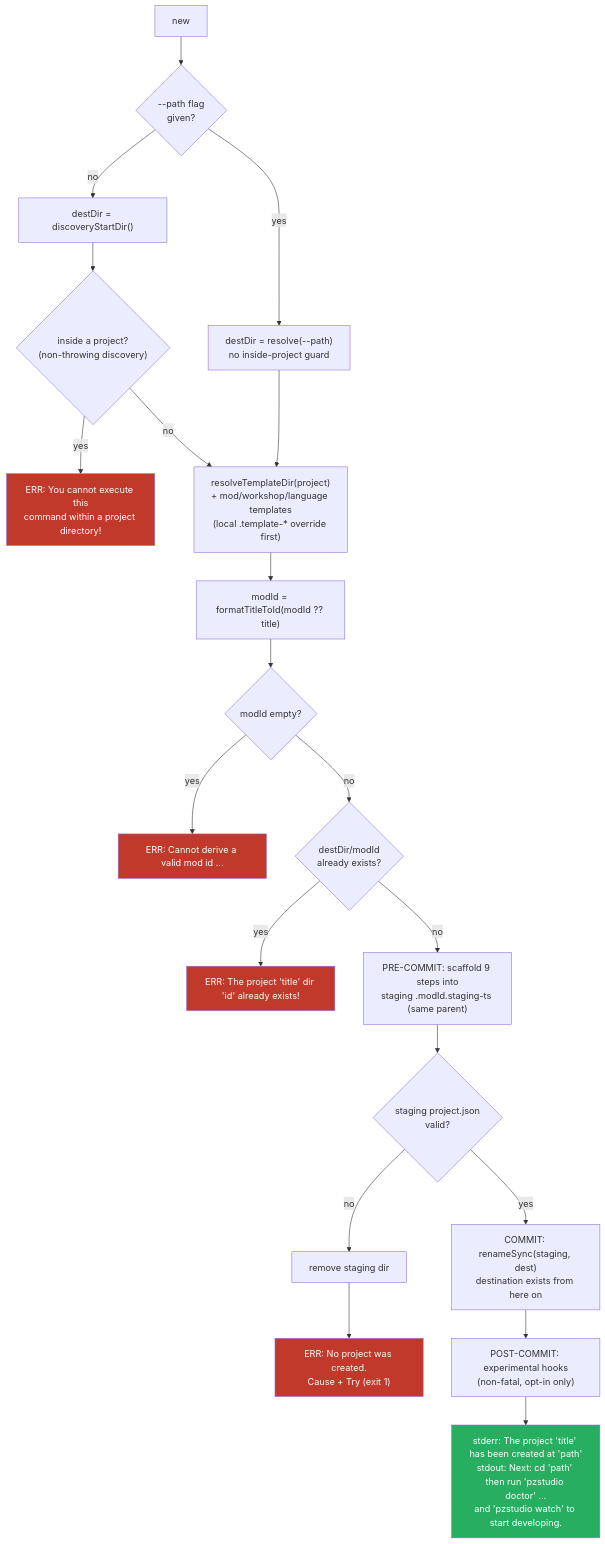
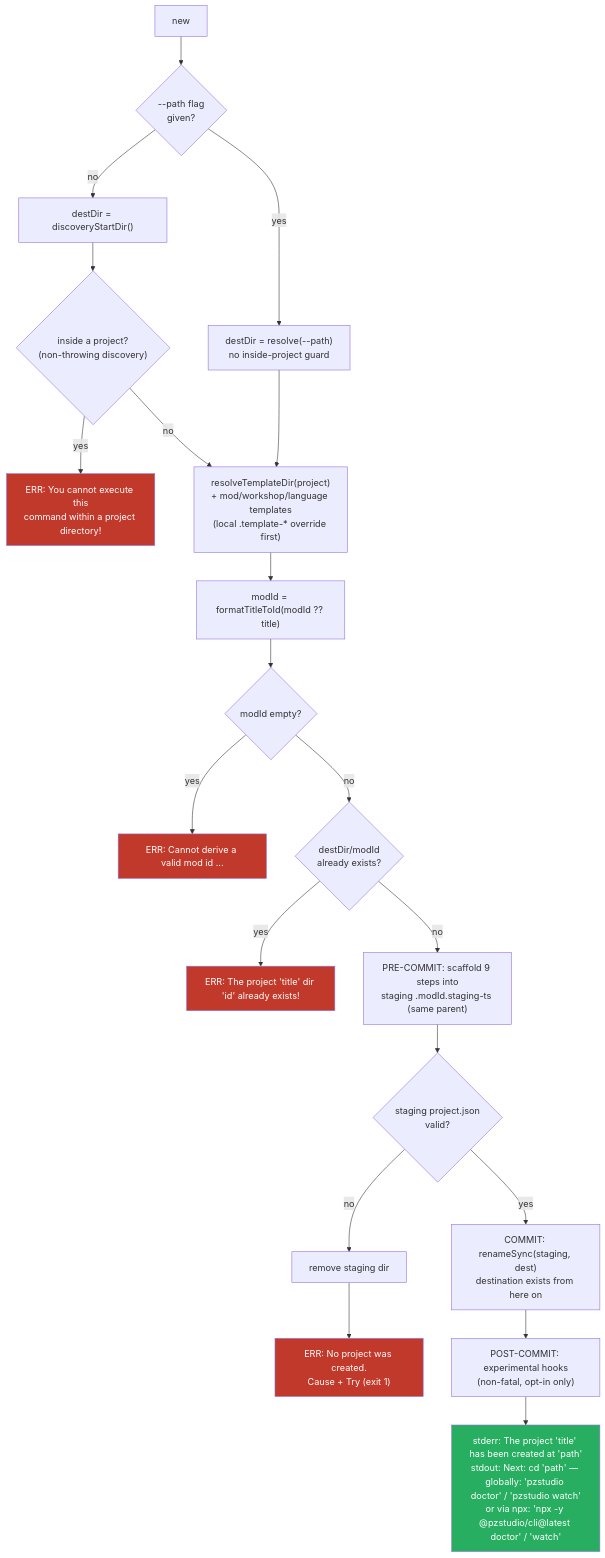
The first of 16 diagrams in docs/cli/04-commands.md (escapepz/pzstudio), drawn with Mermaid before and after one commit. The commit also changed other lines of this file and 8 other files, not shown here.

Commit message:
release(cli): pre-release doc/metadata/harness fixes for @pzstudio/cli 0.42200.0

````diff
--- a/docs/cli/04-commands.md
+++ b/docs/cli/04-commands.md
@@ -46,28 +46,28 @@
 ```mermaid
 flowchart TD
     A["new <title> [modId]"] --> B{"--path flag<br/>given?"}
     B -- yes --> D["destDir = resolve(--path)<br/>no inside-project guard"]
     B -- no --> E["destDir = discoveryStartDir()"]
     E --> F{"inside a project?<br/>(non-throwing discovery)"}
     F -- yes --> ERR1["ERR: You cannot execute this<br/>command within a project directory!"]
     F -- no --> G["resolveTemplateDir(project)<br/>+ mod/workshop/language templates<br/>(local .template-* override first)"]
     D --> G
     G --> I["modId = formatTitleToId(modId ?? title)"]
     I --> J{"modId empty?"}
     J -- yes --> ERR2["ERR: Cannot derive a valid mod id ..."]
     J -- no --> K{"destDir/modId<br/>already exists?"}
     K -- yes --> ERR3["ERR: The project 'title' dir 'id' already exists!"]
     K -- no --> ST["PRE-COMMIT: scaffold 9 steps into<br/>staging .modId.staging-ts (same parent)"]
     ST --> V{"staging project.json<br/>valid?"}
     V -- no --> CL["remove staging dir"]
     V -- yes --> CM["COMMIT: renameSync(staging, dest)<br/>destination exists from here on"]
     CL --> ERR4["ERR: No project was created.<br/>Cause + Try (exit 1)"]
     CM --> HOOK["POST-COMMIT: experimental hooks<br/>(non-fatal, opt-in only)"]
-    HOOK --> OK["stderr: The project 'title' has been created at 'path'<br/>stdout: Next: cd 'path' then run 'pzstudio doctor' ...<br/>and 'pzstudio watch' to start developing."]
+    HOOK --> OK["stderr: The project 'title' has been created at 'path'<br/>stdout: Next: cd 'path' — globally: 'pzstudio doctor' / 'pzstudio watch'<br/>or via npx: 'npx -y @pzstudio/cli@latest doctor' / 'watch'"]
 
     style ERR1 fill:#c0392b,color:#fff
     style ERR2 fill:#c0392b,color:#fff
     style ERR3 fill:#c0392b,color:#fff
     style ERR4 fill:#c0392b,color:#fff
     style OK fill:#27ae60,color:#fff
 ```
````
